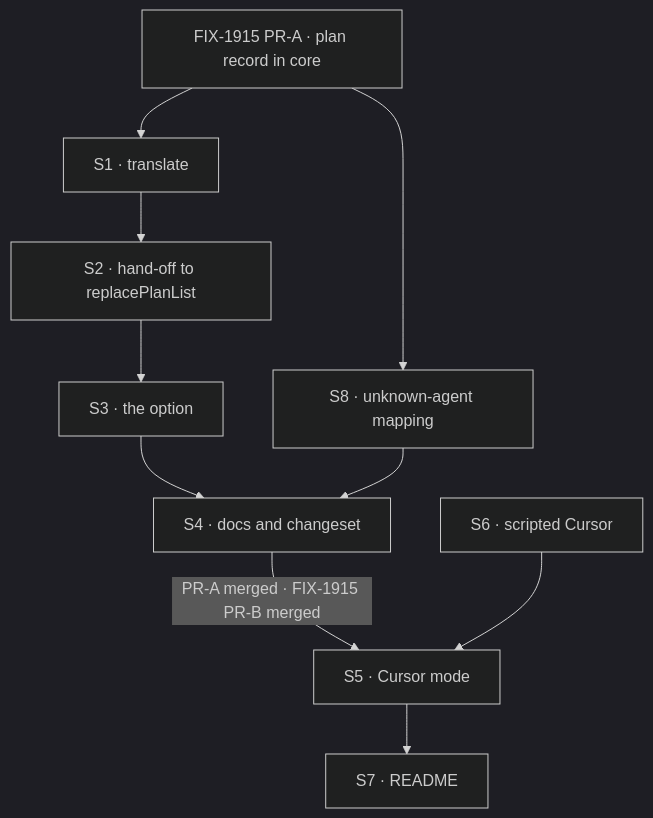
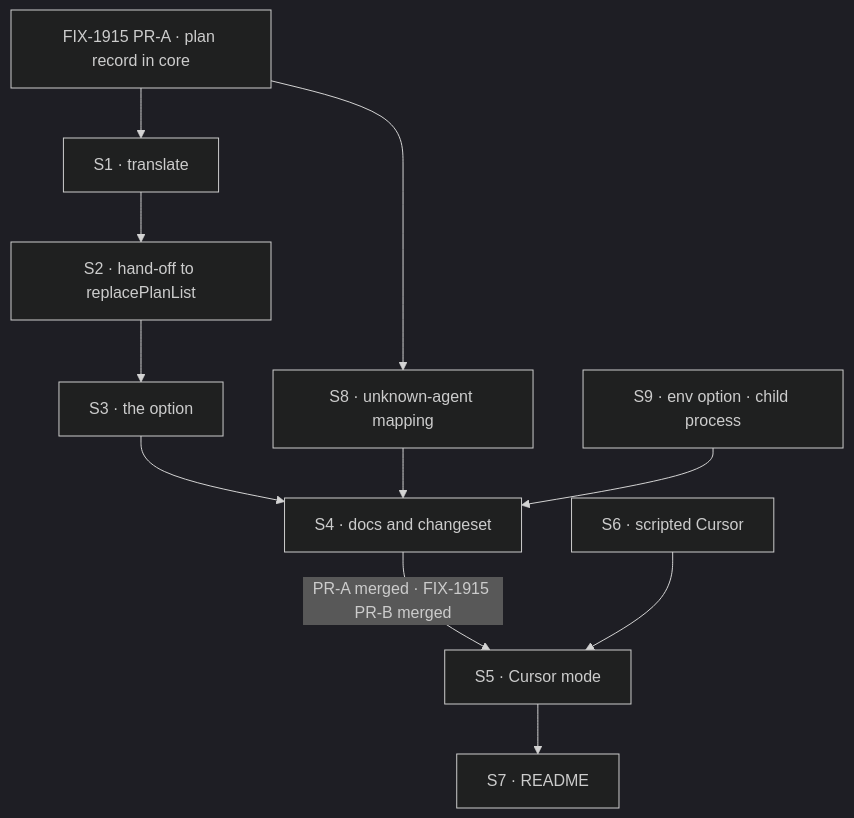
The diagram in specs/issues/FIX-1917/PLAN.md (fixpoint-labs/flow-state-dev), drawn with Mermaid (dark theme) before and after one commit. The commit also changed other lines of this file and 16 other files, not shown here.

````diff
--- a/specs/issues/FIX-1917/PLAN.md
+++ b/specs/issues/FIX-1917/PLAN.md
@@ -28,12 +29,13 @@
 ```mermaid
 flowchart TD
   P1["FIX-1915 PR-A · plan record in core"] --> S1["S1 · translate"]
   S1 --> S2["S2 · hand-off to replacePlanList"]
   S2 --> S3["S3 · the option"]
   S3 --> S4["S4 · docs and changeset"]
   P1 --> S8["S8 · unknown-agent mapping"]
   S8 --> S4
+  S9["S9 · env option · child process"] --> S4
   S4 -->|"PR-A merged · FIX-1915 PR-B merged"| S5["S5 · Cursor mode"]
   S6["S6 · scripted Cursor"] --> S5
   S5 --> S7["S7 · README"]
 ```
````
